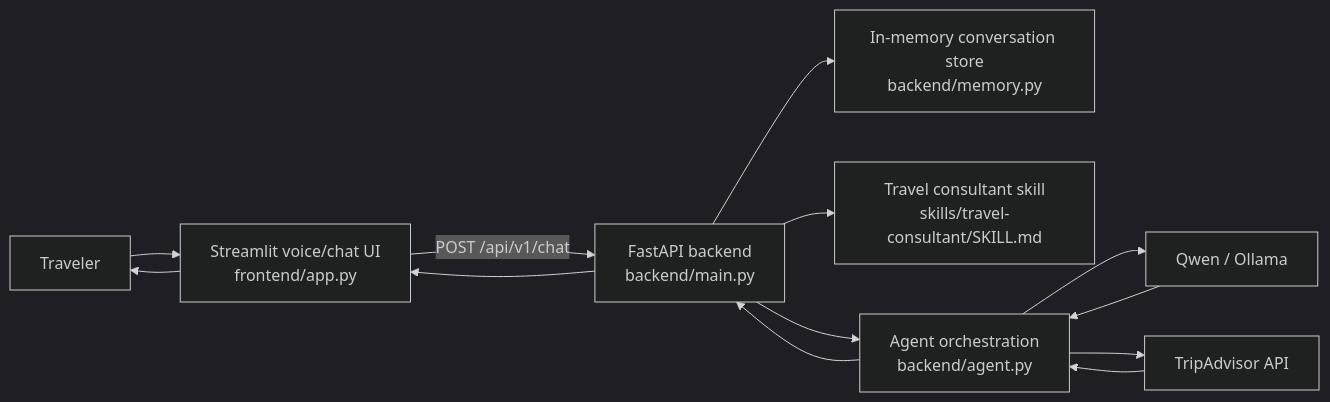
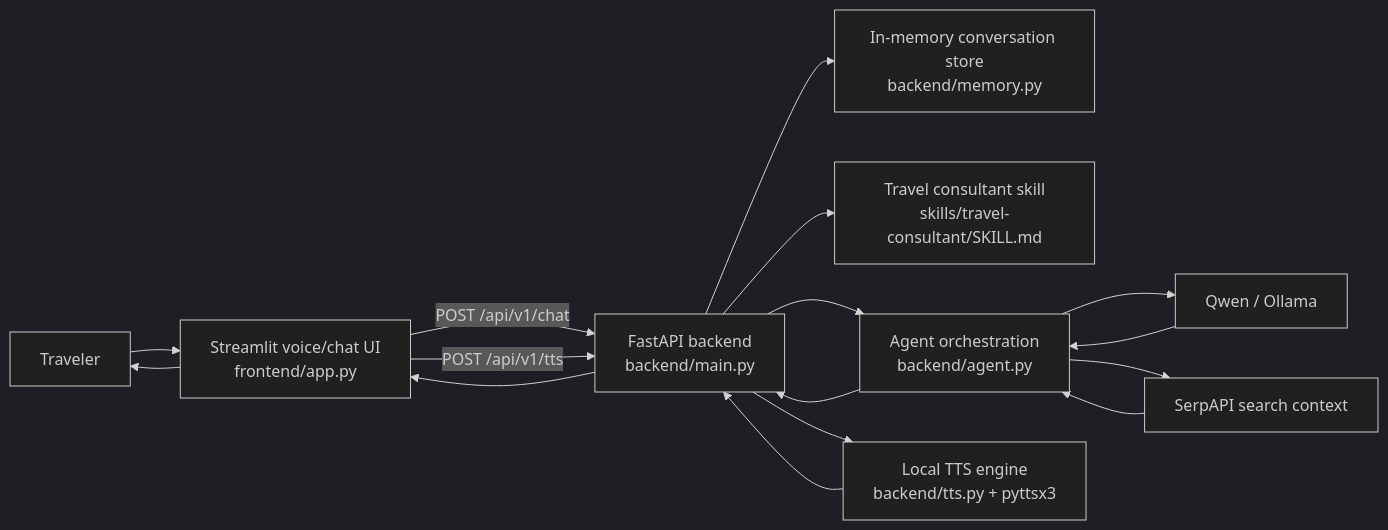
Before and after one commit to Trung1234/travel-advisor: the diagram in README.md, drawn with Mermaid (dark theme). The commit also changed other lines of this file and 10 other files, not shown here.

````diff
--- a/README.md
+++ b/README.md
@@ -21,15 +22,18 @@
 ```mermaid
 flowchart LR
     User[Traveler] --> UI[Streamlit voice/chat UI<br/>frontend/app.py]
     UI -->|POST /api/v1/chat| API[FastAPI backend<br/>backend/main.py]
+    UI -->|POST /api/v1/tts| API
     API --> Memory[In-memory conversation store<br/>backend/memory.py]
     API --> Skill[Travel consultant skill<br/>skills/travel-consultant/SKILL.md]
     API --> Agent[Agent orchestration<br/>backend/agent.py]
+    API --> TTS[Local TTS engine<br/>backend/tts.py + pyttsx3]
     Agent --> Provider[Qwen / Ollama]
-    Agent --> TripAdvisor[TripAdvisor API]
+    Agent --> SerpAPI[SerpAPI search context]
     Provider --> Agent
-    TripAdvisor --> Agent
+    SerpAPI --> Agent
     Agent --> API
+    TTS --> API
     API --> UI
     UI --> User
 ```
````
